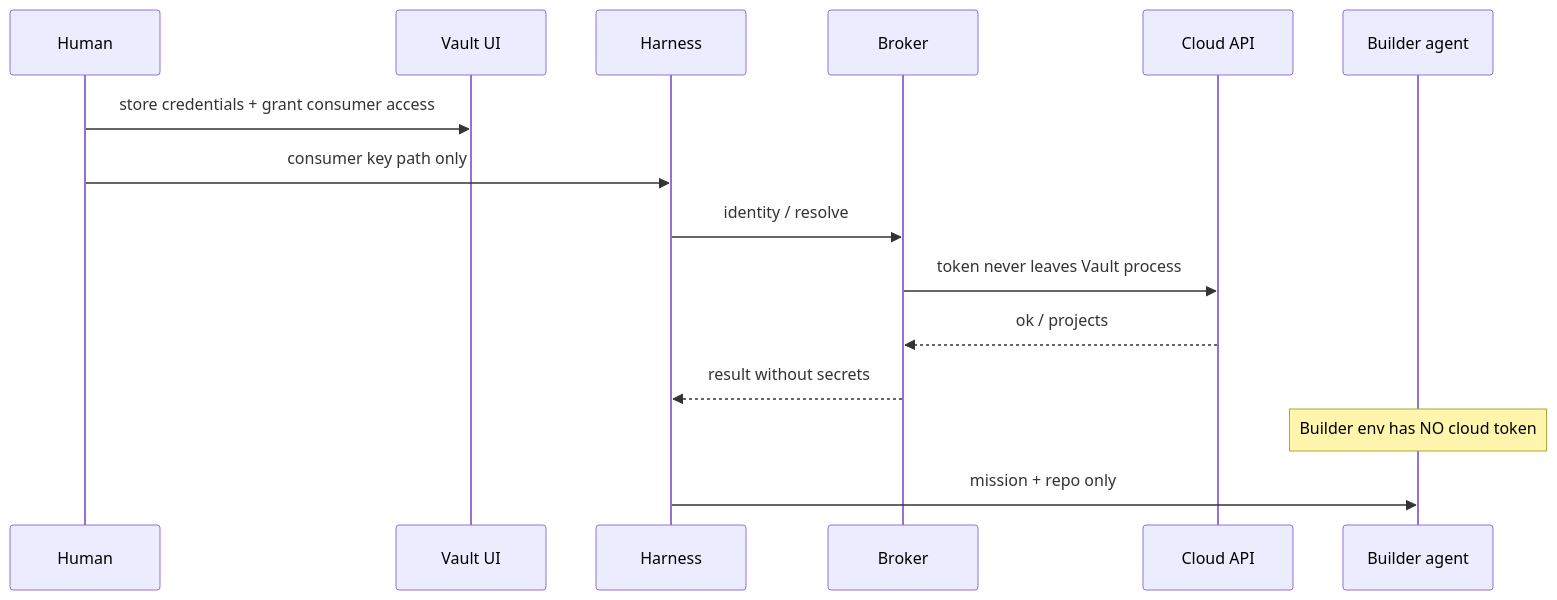
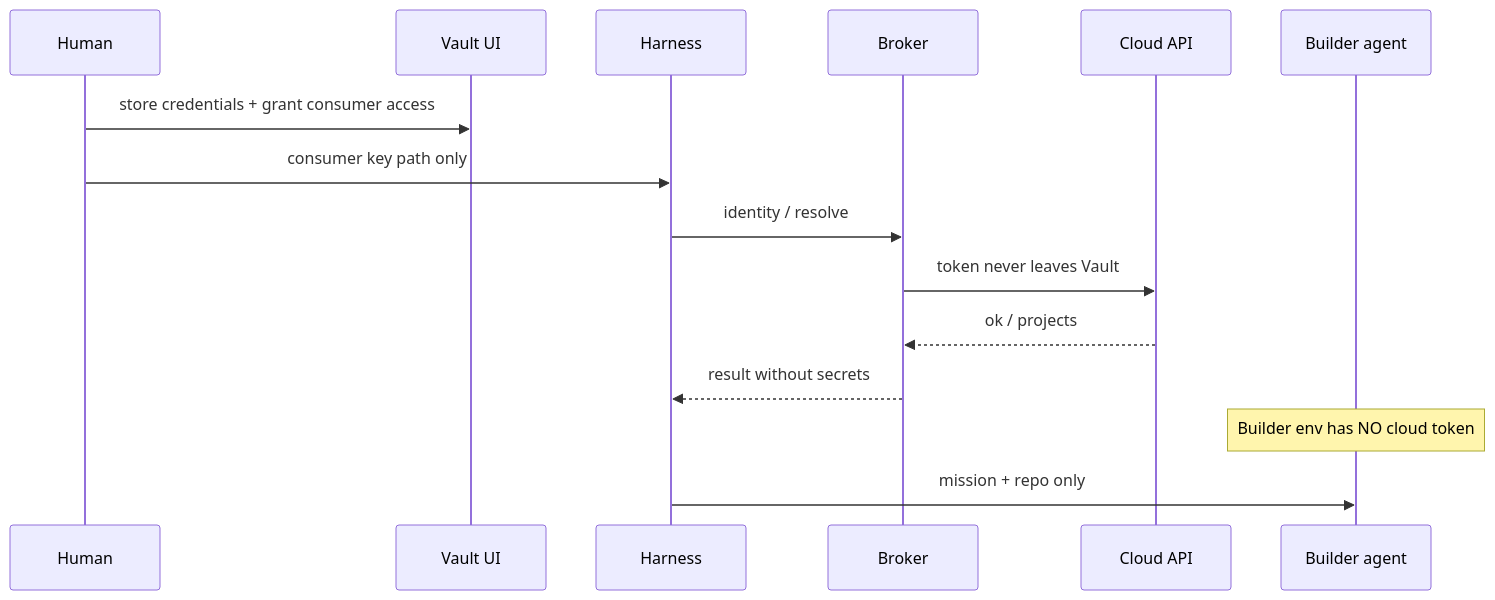
The fifth of 6 diagrams in content/vibe-coding/ratchet-guide/diagrams.md (southu/vygo), drawn with Mermaid before and after one commit. The commit also changed other lines of this file and 42 other files, not shown here.

````diff
--- a/content/vibe-coding/ratchet-guide/diagrams.md
+++ b/content/vibe-coding/ratchet-guide/diagrams.md
@@ -147,18 +109,18 @@
 ```mermaid
 sequenceDiagram
   participant Hum as Human
   participant V as Vault UI
   participant H as Harness
   participant B as Broker
   participant C as Cloud API
   participant A as Builder agent
 
   Hum->>V: store credentials + grant consumer access
   Hum->>H: consumer key path only
   H->>B: identity / resolve
-  B->>C: token never leaves Vault process
+  B->>C: token never leaves Vault
   C-->>B: ok / projects
   B-->>H: result without secrets
   Note over A: Builder env has NO cloud token
   H->>A: mission + repo only
 ```
````
